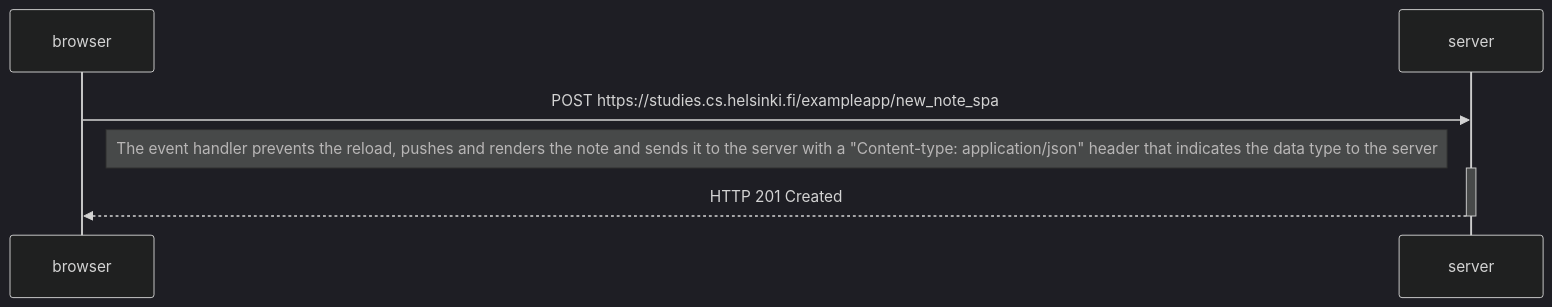
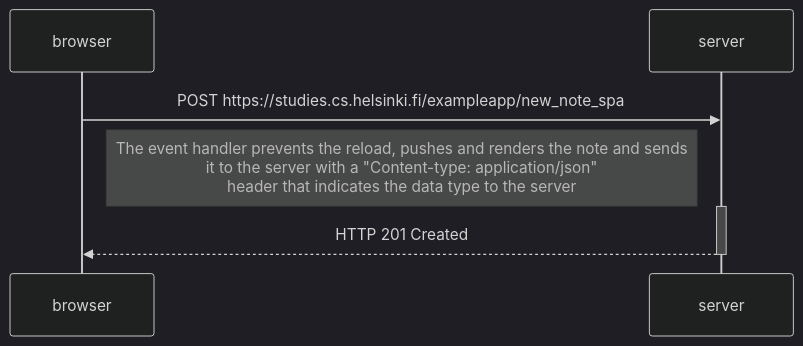
One commit to j-adrian-lopez/adrianfullstack changed the diagram in part0/Exercise 0.6.md. Above: the diagram before and after it, drawn with Mermaid (dark theme). The commit also changed 1 other file, not shown here.

Commit message:
Added breaks to note in 0.6

````diff
--- a/part0/Exercise 0.6.md
+++ b/part0/Exercise 0.6.md
@@ -3,12 +3,12 @@
 ```mermaid
 sequenceDiagram
     participant browser
     participant server
 
     browser->>server: POST https://studies.cs.helsinki.fi/exampleapp/new_note_spa
-    Note right of browser: The event handler prevents the reload, pushes and renders the note and sends it to the server with a "Content-type: application/json" header that indicates the data type to the server
+    Note right of browser: The event handler prevents the reload, pushes and renders the note and sends <br>it to the server with a "Content-type: application/json" <br>header that indicates the data type to the server
     activate server
     server-->>browser: HTTP 201 Created
     deactivate server
 
 ```
````
